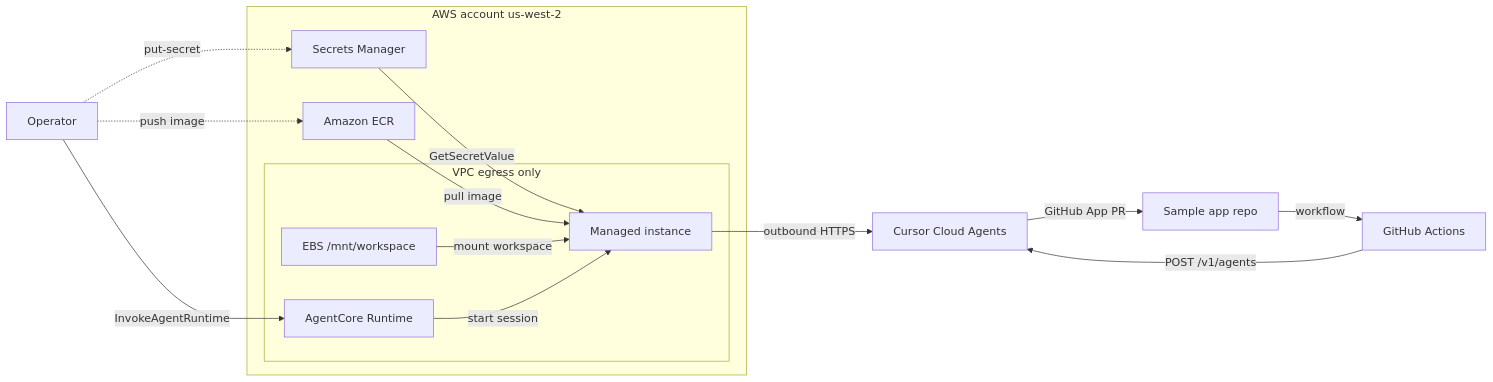
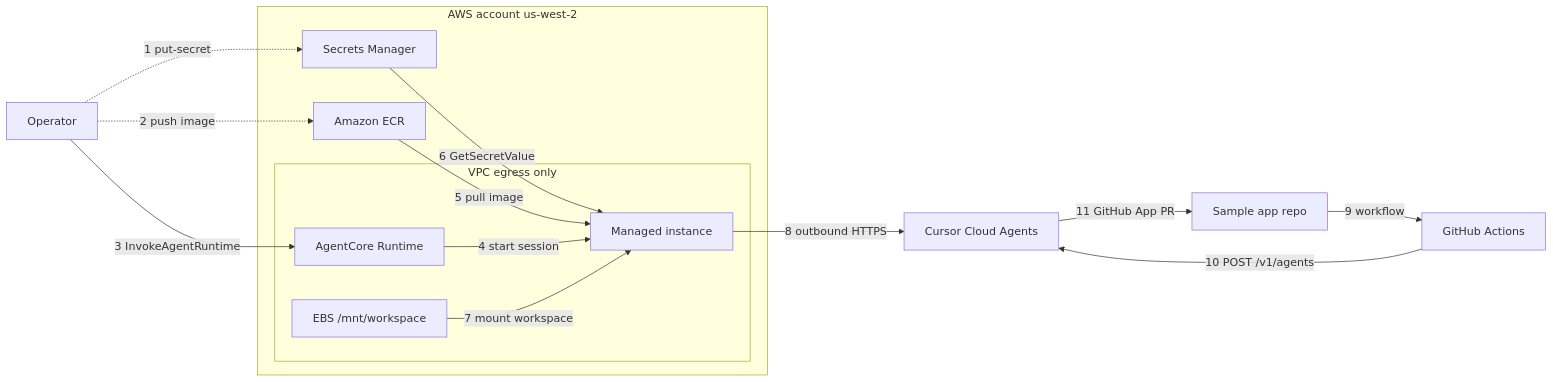
The diagram in self-hosted-cloud-agent/agentcore/diagrams/architecture.mmd (skopp002/cursor-cookbook), drawn with Mermaid before and after one commit. The commit also changed 3 other files, not shown here.

First line of the commit message:
Number the AgentCore architecture diagram edges.

```diff
--- a/self-hosted-cloud-agent/agentcore/diagrams/architecture.mmd
+++ b/self-hosted-cloud-agent/agentcore/diagrams/architecture.mmd
@@ -1,33 +1,33 @@
 %% Simple component view. Render PNG: python3 diagrams/render_architecture.py
 flowchart LR
   OP[Operator]
   SM[Secrets Manager]
   ECR[Amazon ECR]
   RT[AgentCore Runtime]
   EC2[Managed instance]
   EBS[EBS /mnt/workspace]
   CA[Cursor Cloud Agents]
   GH[Sample app repo]
   GHA[GitHub Actions]
 
   subgraph AWS["AWS account us-west-2"]
     SM
     ECR
     subgraph VPC["VPC egress only"]
       RT
       EC2
       EBS
     end
   end
 
-  OP -.->|put-secret| SM
-  OP -.->|push image| ECR
-  OP -->|InvokeAgentRuntime| RT
-  SM -->|GetSecretValue| EC2
-  ECR -->|pull image| EC2
-  EBS -->|mount workspace| EC2
-  RT -->|start session| EC2
-  EC2 -->|outbound HTTPS| CA
-  GH -->|workflow| GHA
-  GHA -->|POST /v1/agents| CA
-  CA -->|GitHub App PR| GH
+  OP -.->|1 put-secret| SM
+  OP -.->|2 push image| ECR
+  OP -->|3 InvokeAgentRuntime| RT
+  RT -->|4 start session| EC2
+  ECR -->|5 pull image| EC2
+  SM -->|6 GetSecretValue| EC2
+  EBS -->|7 mount workspace| EC2
+  EC2 -->|8 outbound HTTPS| CA
+  GH -->|9 workflow| GHA
+  GHA -->|10 POST /v1/agents| CA
+  CA -->|11 GitHub App PR| GH
```
